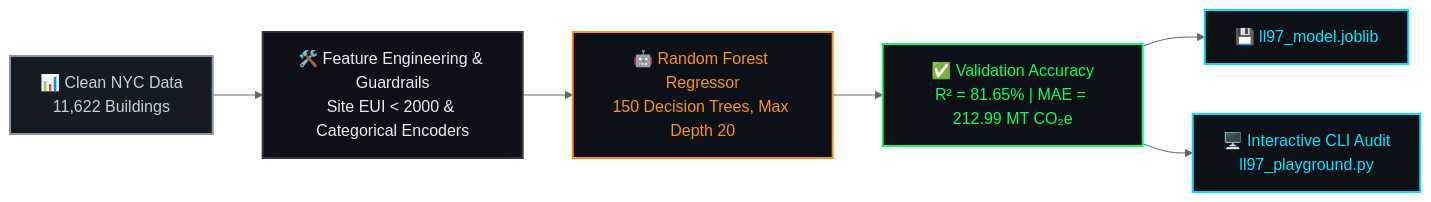
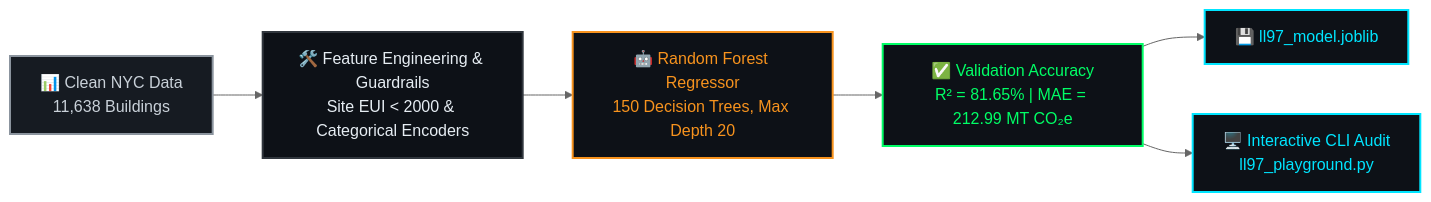
One commit to Huda-Amr/carbon-heist-mitigation changed the diagram in models/README.md. Above: the diagram before and after it, drawn with Mermaid (neutral theme). The commit also changed other lines of this file and 12 other files, not shown here.

````diff
--- a/models/README.md
+++ b/models/README.md
@@ -29,14 +29,14 @@
 ```mermaid
 flowchart LR
-    IN["📊 Clean NYC Data\n11,622 Buildings"]:::input --> FE["🛠️ Feature Engineering & Guardrails\nSite EUI < 2000 & Categorical Encoders"]:::proc
+    IN["📊 Clean NYC Data\n11,638 Buildings"]:::input --> FE["🛠️ Feature Engineering & Guardrails\nSite EUI < 2000 & Categorical Encoders"]:::proc
     FE --> RF["🤖 Random Forest Regressor\n150 Decision Trees, Max Depth 20"]:::ml
     RF --> EVAL["✅ Validation Accuracy\nR² = 81.65% | MAE = 212.99 MT CO₂e"]:::eval
     EVAL --> OUT1["💾 ll97_model.joblib"]:::art
     EVAL --> OUT2["🖥️ Interactive CLI Audit\nll97_playground.py"]:::art
 
     classDef input fill:#161B22,stroke:#8B949E,stroke-width:2px,color:#C9D1D9
     classDef proc fill:#0D1117,stroke:#30363D,stroke-width:2px,color:#E6EDF3
     classDef ml fill:#0D1117,stroke:#F7931E,stroke-width:2px,color:#F7931E
     classDef eval fill:#0D1117,stroke:#00FF66,stroke-width:2px,color:#00FF66
     classDef art fill:#0D1117,stroke:#00E5FF,stroke-width:2px,color:#00E5FF
 ```
````
